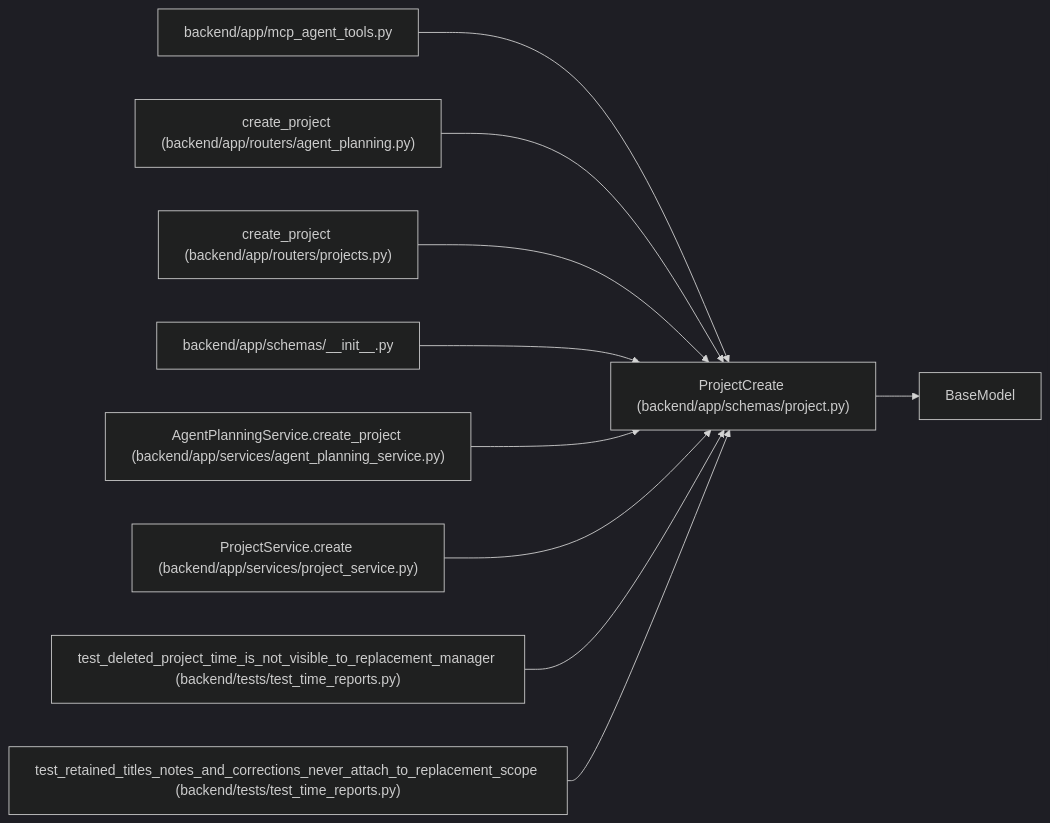
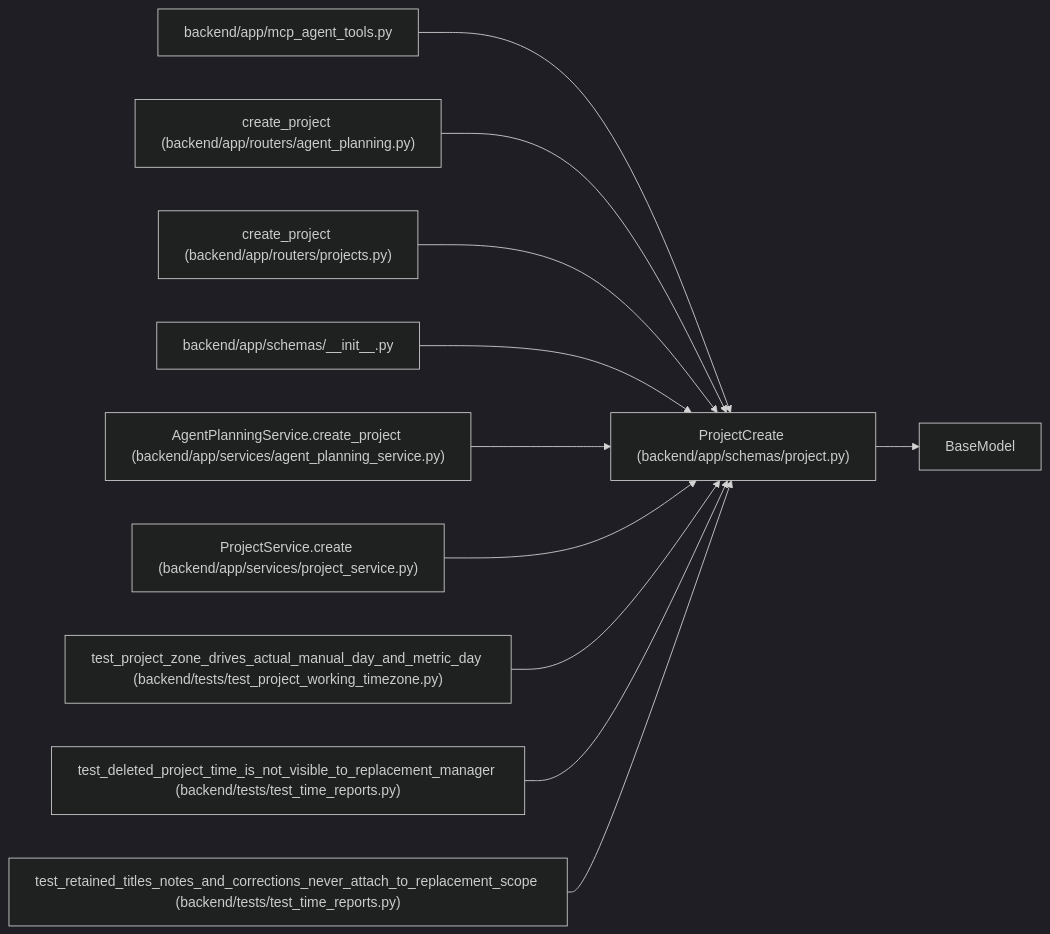
Before and after one commit to Denissvgn/WorkChord: the diagram in docs/llm_wiki/entities/schemas_project_ProjectCreate.md, drawn with Mermaid (dark theme). The commit also changed other lines of this file and 271 other files, not shown here.

Commit message:
docs(wiki): document declared project working zones

````diff
--- a/docs/llm_wiki/entities/schemas_project_ProjectCreate.md
+++ b/docs/llm_wiki/entities/schemas_project_ProjectCreate.md
@@ -35,31 +35,34 @@
 ```mermaid
 flowchart LR
     n0["ProjectCreate (backend/app/schemas/project.py)"]
     n1["BaseModel"]
     n2["backend/app/mcp_agent_tools.py"]
     n3["create_project (backend/app/routers/agent_planning.py)"]
     n4["create_project (backend/app/routers/projects.py)"]
     n5["backend/app/schemas/__init__.py"]
     n6["AgentPlanningService.create_project (backend/app/services/agent_planning_service.py)"]
     n7["ProjectService.create (backend/app/services/project_service.py)"]
-    n8["test_deleted_project_time_is_not_visible_to_replacement_manager (backend/tests/test_time_reports.py)"]
-    n9["test_retained_titles_notes_and_corrections_never_attach_to_replacement_scope (backend/tests/test_time_reports.py)"]
+    n8["test_project_zone_drives_actual_manual_day_and_metric_day (backend/tests/test_project_working_timezone.py)"]
+    n9["test_deleted_project_time_is_not_visible_to_replacement_manager (backend/tests/test_time_reports.py)"]
+    n10["test_retained_titles_notes_and_corrections_never_attach_to_replacement_scope (backend/tests/test_time_reports.py)"]
     n0 --> n1
     n2 --> n0
     n3 --> n0
     n4 --> n0
     n5 --> n0
     n6 --> n0
     n7 --> n0
     n8 --> n0
     n9 --> n0
+    n10 --> n0
     click n0 "../modules/schemas_project.md"
     click n2 "../modules/mcp_agent_tools.md"
     click n3 "../modules/routers_agent_planning.md"
     click n4 "../modules/projects.md"
     click n5 "../modules/schemas___init__.md"
     click n6 "../modules/agent_planning_service.md"
     click n7 "../modules/project_service.md"
-    click n8 "../modules/test_time_reports.md"
+    click n8 "../modules/test_project_working_timezone.md"
     click n9 "../modules/test_time_reports.md"
+    click n10 "../modules/test_time_reports.md"
 ```
````
